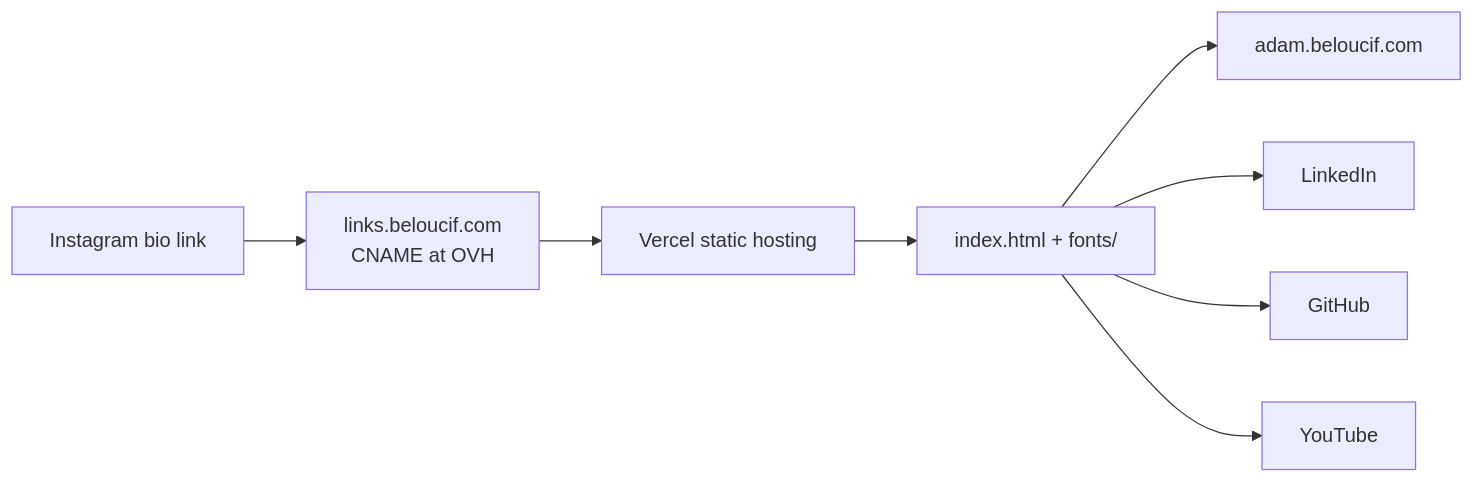
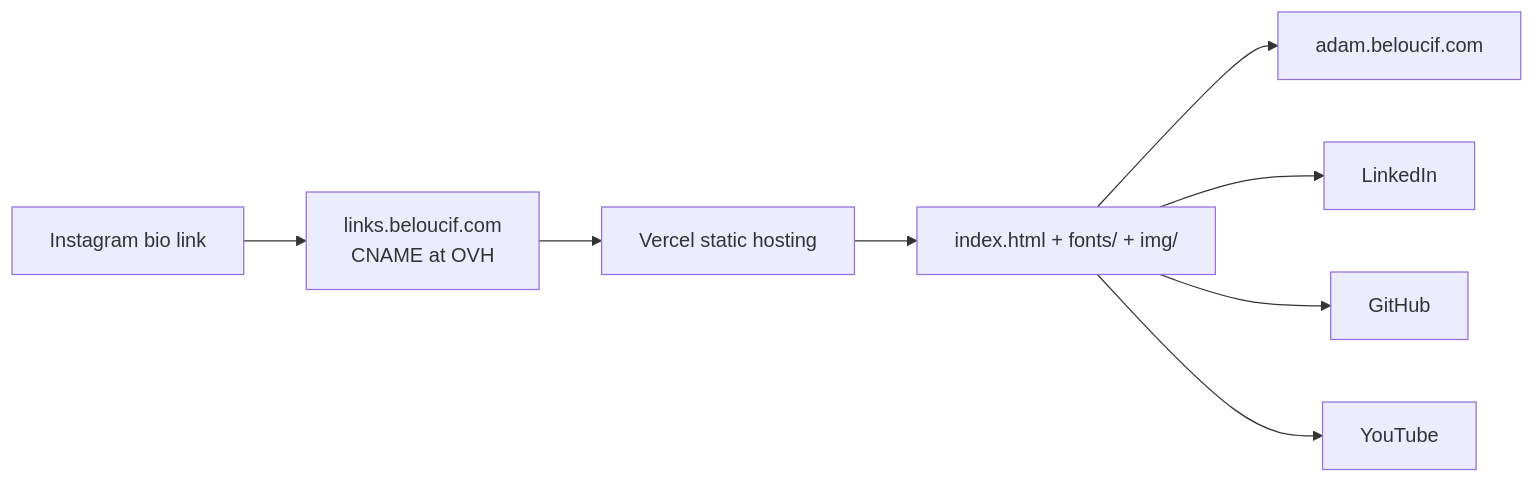
One commit to Adam-Blf/adam-links changed the diagram in README.md. Above: the diagram before and after it, drawn with Mermaid. The commit also changed other lines of this file and 7 other files, not shown here.

````diff
--- a/README.md
+++ b/README.md
@@ -14,10 +15,10 @@
 ```mermaid
 flowchart LR
   IG[Instagram bio link] --> DNS[links.beloucif.com<br/>CNAME at OVH]
   DNS --> V[Vercel static hosting]
-  V --> P[index.html + fonts/]
+  V --> P[index.html + fonts/ + img/]
   P --> L1[adam.beloucif.com]
   P --> L2[LinkedIn]
   P --> L3[GitHub]
   P --> L4[YouTube]
 ```
````
